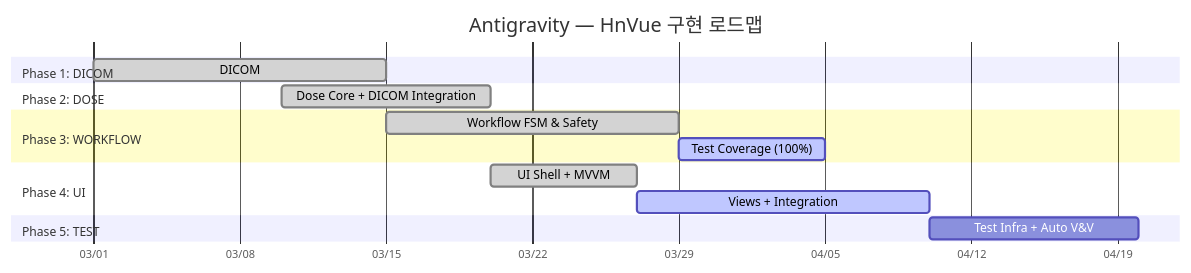
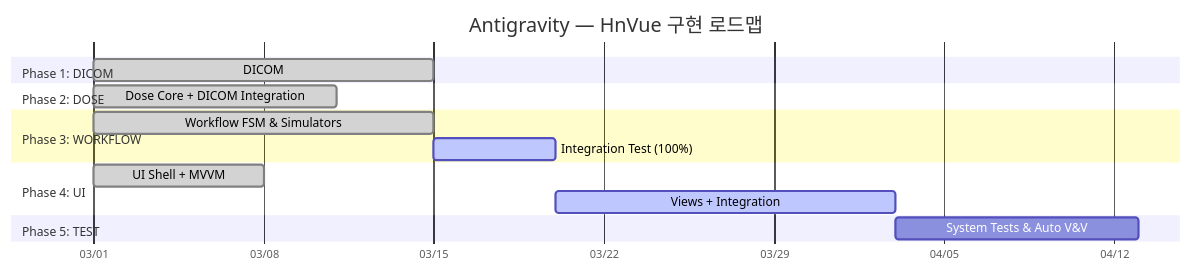
Before and after one commit to holee9/hnvue-console: the diagram in docs/antigravity-plan.md, drawn with Mermaid. The commit also changed other lines of this file and 10 other files, not shown here.

First line of the commit message:
docs(readme): update test results and complete integration tests

````diff
--- a/docs/antigravity-plan.md
+++ b/docs/antigravity-plan.md
@@ -38,23 +37,23 @@
 ```mermaid
 gantt
     title Antigravity — HnVue 구현 로드맵
     dateFormat YYYY-MM-DD
     axisFormat %m/%d
 
     section Phase 1: DICOM
     DICOM           :done, dicom1, 2026-03-01, 14d
 
     section Phase 2: DOSE
-    Dose Core + DICOM Integration :done, dose1, 2026-03-10, 10d
+    Dose Core + DICOM Integration :done, dose1, 2026-03-01, 10d
 
     section Phase 3: WORKFLOW
-    Workflow FSM & Safety  :done, wf1, 2026-03-15, 14d
-    Test Coverage (100%)   :active, wf2, after wf1, 7d
+    Workflow FSM & Simulators :done, wf1, 2026-03-01, 14d
+    Integration Test (100%)   :active, wf2, after wf1, 5d
 
     section Phase 4: UI
-    UI Shell + MVVM      :done, ui1, 2026-03-20, 7d
-    Views + Integration  :active, ui2, after ui1, 14d
+    UI Shell + MVVM      :done, ui1, 2026-03-01, 7d
+    Views + Integration  :active, ui2, after wf2, 14d
 
     section Phase 5: TEST
-    Test Infra + Auto V&V:test1, after ui2, 10d
+    System Tests & Auto V&V:test1, after ui2, 10d
 ```
````
